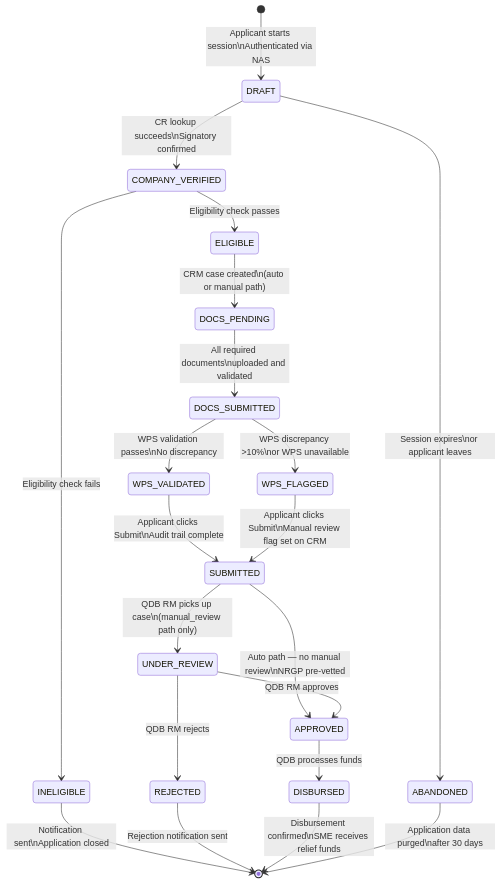
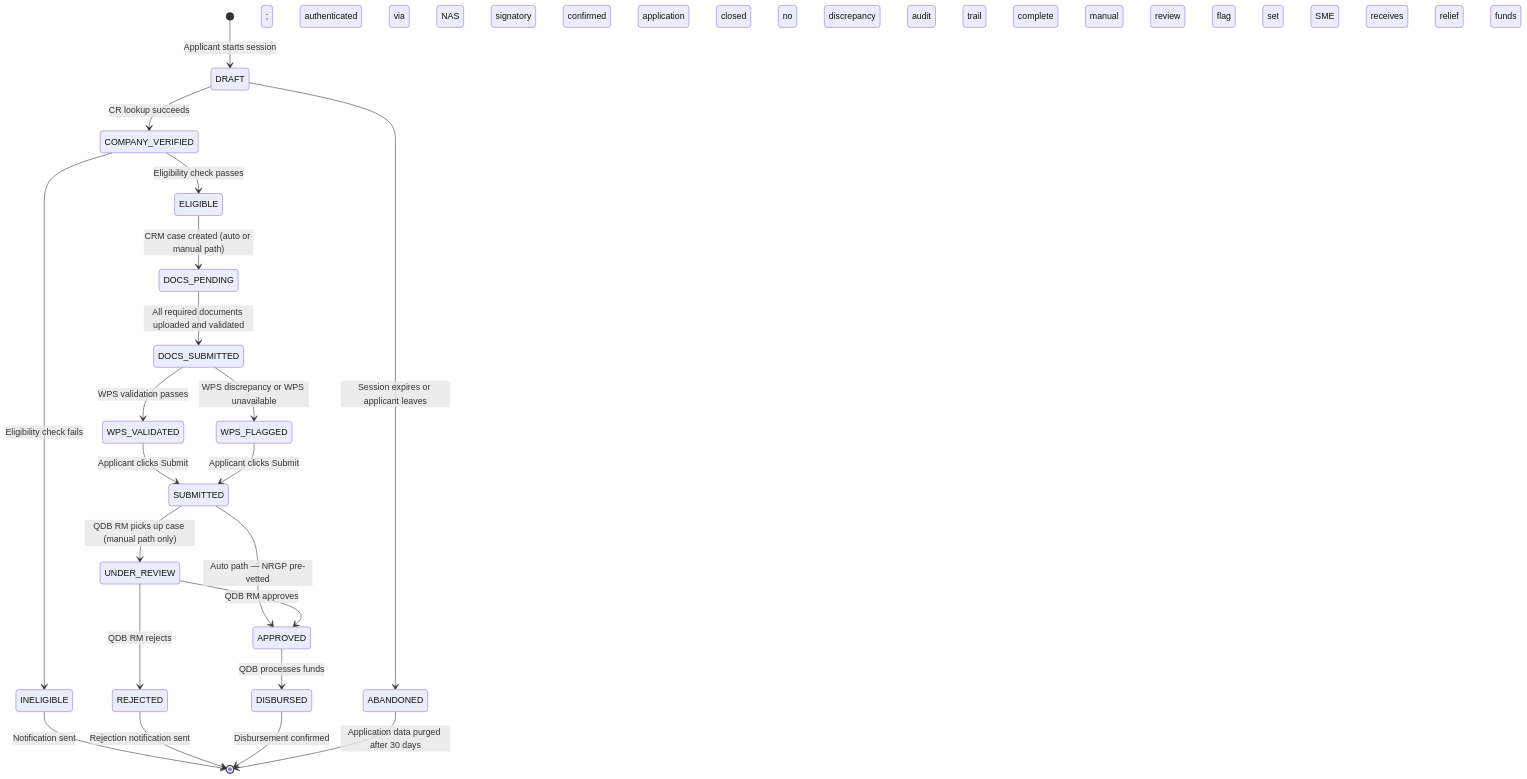
Before and after one commit to Tamoura/Claude-Code-creates-the-SW-company: the second of 7 diagrams in products/qdb-sme-relief/docs/PRD.md, drawn with Mermaid. The commit also changed other lines of this file and 1 other file, not shown here.

First line of the commit message:
fix(qdb-sme-relief): fix Mermaid diagram syntax in BA and PRD docs

````diff
--- a/products/qdb-sme-relief/docs/PRD.md
+++ b/products/qdb-sme-relief/docs/PRD.md
@@ -1015,40 +1015,40 @@
 ```mermaid
 stateDiagram-v2
-    [*] --> DRAFT : Applicant starts session\nAuthenticated via NAS
+    [*] --> DRAFT : Applicant starts session; authenticated via NAS
 
-    DRAFT --> COMPANY_VERIFIED : CR lookup succeeds\nSignatory confirmed
+    DRAFT --> COMPANY_VERIFIED : CR lookup succeeds; signatory confirmed
 
-    DRAFT --> ABANDONED : Session expires\nor applicant leaves
+    DRAFT --> ABANDONED : Session expires or applicant leaves
 
     COMPANY_VERIFIED --> INELIGIBLE : Eligibility check fails
     COMPANY_VERIFIED --> ELIGIBLE : Eligibility check passes
 
-    INELIGIBLE --> [*] : Notification sent\nApplication closed
+    INELIGIBLE --> [*] : Notification sent; application closed
 
-    ELIGIBLE --> DOCS_PENDING : CRM case created\n(auto or manual path)
+    ELIGIBLE --> DOCS_PENDING : CRM case created (auto or manual path)
 
-    DOCS_PENDING --> DOCS_SUBMITTED : All required documents\nuploaded and validated
+    DOCS_PENDING --> DOCS_SUBMITTED : All required documents uploaded and validated
 
-    DOCS_SUBMITTED --> WPS_VALIDATED : WPS validation passes\nNo discrepancy
+    DOCS_SUBMITTED --> WPS_VALIDATED : WPS validation passes; no discrepancy
 
-    DOCS_SUBMITTED --> WPS_FLAGGED : WPS discrepancy >10%\nor WPS unavailable
+    DOCS_SUBMITTED --> WPS_FLAGGED : WPS discrepancy or WPS unavailable
 
-    WPS_VALIDATED --> SUBMITTED : Applicant clicks Submit\nAudit trail complete
+    WPS_VALIDATED --> SUBMITTED : Applicant clicks Submit; audit trail complete
 
-    WPS_FLAGGED --> SUBMITTED : Applicant clicks Submit\nManual review flag set on CRM
+    WPS_FLAGGED --> SUBMITTED : Applicant clicks Submit; manual review flag set
 
-    SUBMITTED --> UNDER_REVIEW : QDB RM picks up case\n(manual_review path only)
+    SUBMITTED --> UNDER_REVIEW : QDB RM picks up case (manual path only)
 
-    SUBMITTED --> APPROVED : Auto path — no manual review\nNRGP pre-vetted
+    SUBMITTED --> APPROVED : Auto path — NRGP pre-vetted; no manual review
 
     UNDER_REVIEW --> APPROVED : QDB RM approves
     UNDER_REVIEW --> REJECTED : QDB RM rejects
 
     APPROVED --> DISBURSED : QDB processes funds
 
     REJECTED --> [*] : Rejection notification sent
 
-    DISBURSED --> [*] : Disbursement confirmed\nSME receives relief funds
+    DISBURSED --> [*] : Disbursement confirmed; SME receives relief funds
 
-    ABANDONED --> [*] : Application data purged\nafter 30 days
+    ABANDONED --> [*] : Application data purged after 30 days
 ```
````
